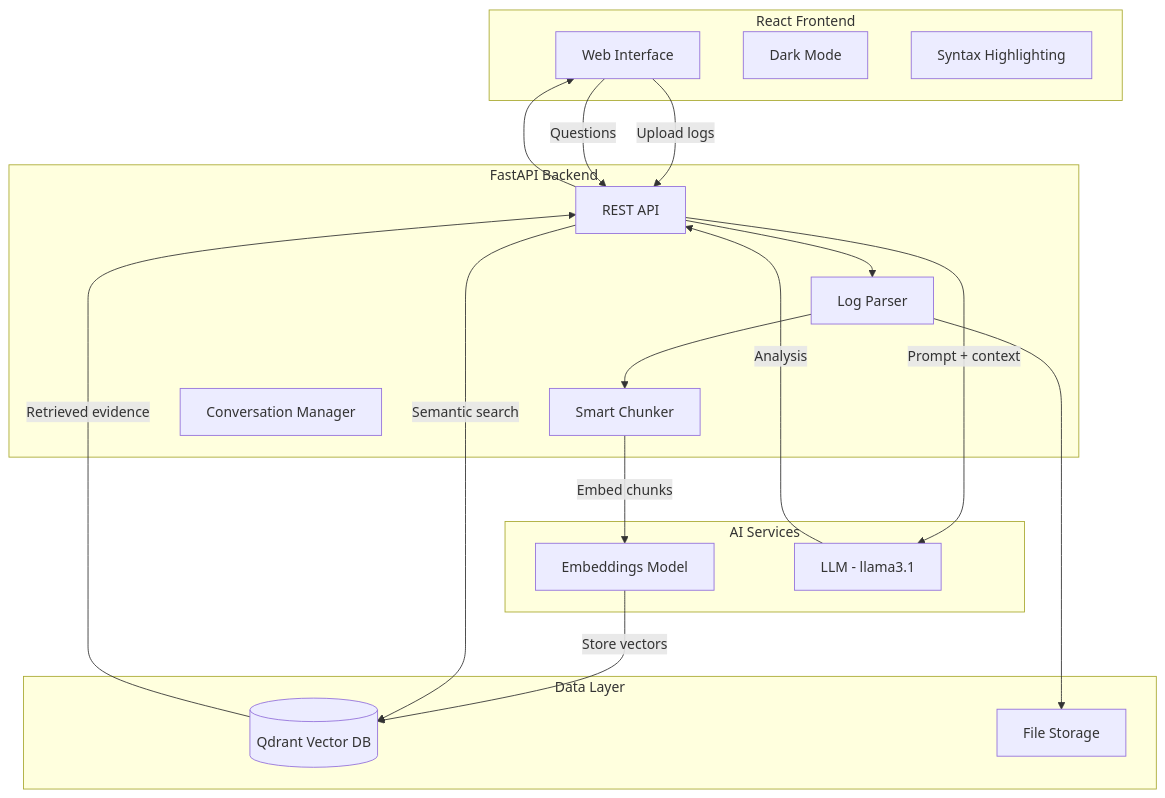
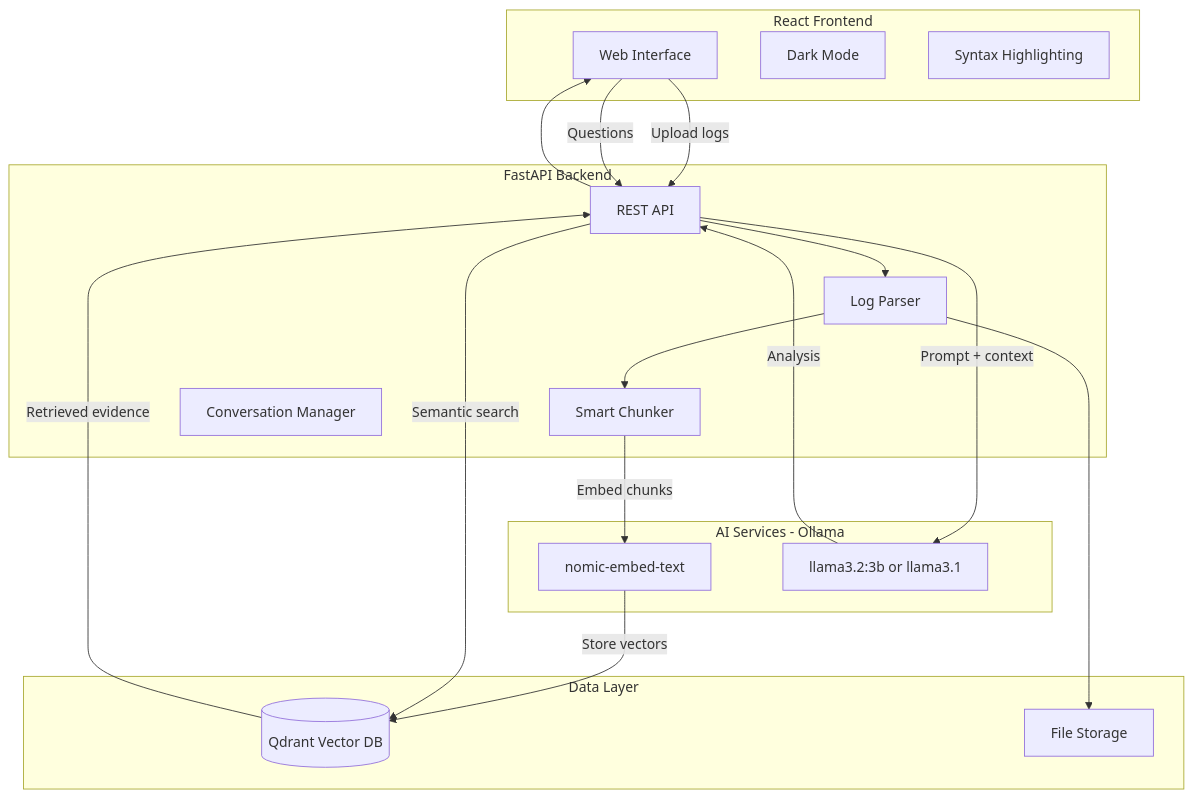
The first of 5 diagrams in README.md (Avinash-Amudala/llm-incident-copilot), drawn with Mermaid before and after one commit. The commit also changed other lines of this file and 2 other files, not shown here.

First line of the commit message:
Fix production setup: smaller model, comprehensive docs, proxy workarounds

````diff
--- a/README.md
+++ b/README.md
@@ -15,37 +15,37 @@
 ```mermaid
 flowchart TB
     subgraph Frontend["React Frontend"]
         UI[Web Interface]
         DM[Dark Mode]
         SH[Syntax Highlighting]
     end
 
     subgraph Backend["FastAPI Backend"]
         API[REST API]
         PS[Log Parser]
         CH[Smart Chunker]
         CV[Conversation Manager]
     end
 
     subgraph Storage["Data Layer"]
         QD[(Qdrant Vector DB)]
         FS[File Storage]
     end
 
-    subgraph AI["AI Services"]
-        EMB[Embeddings Model]
-        LLM[LLM - llama3.1]
+    subgraph AI["AI Services - Ollama"]
+        EMB[nomic-embed-text]
+        LLM[llama3.2:3b or llama3.1]
     end
 
     UI -->|Upload logs| API
     UI -->|Questions| API
     API --> PS --> CH
     CH -->|Embed chunks| EMB
     EMB -->|Store vectors| QD
     API -->|Semantic search| QD
     QD -->|Retrieved evidence| API
     API -->|Prompt + context| LLM
     LLM -->|Analysis| API
     API --> UI
     PS --> FS
 ```
````
